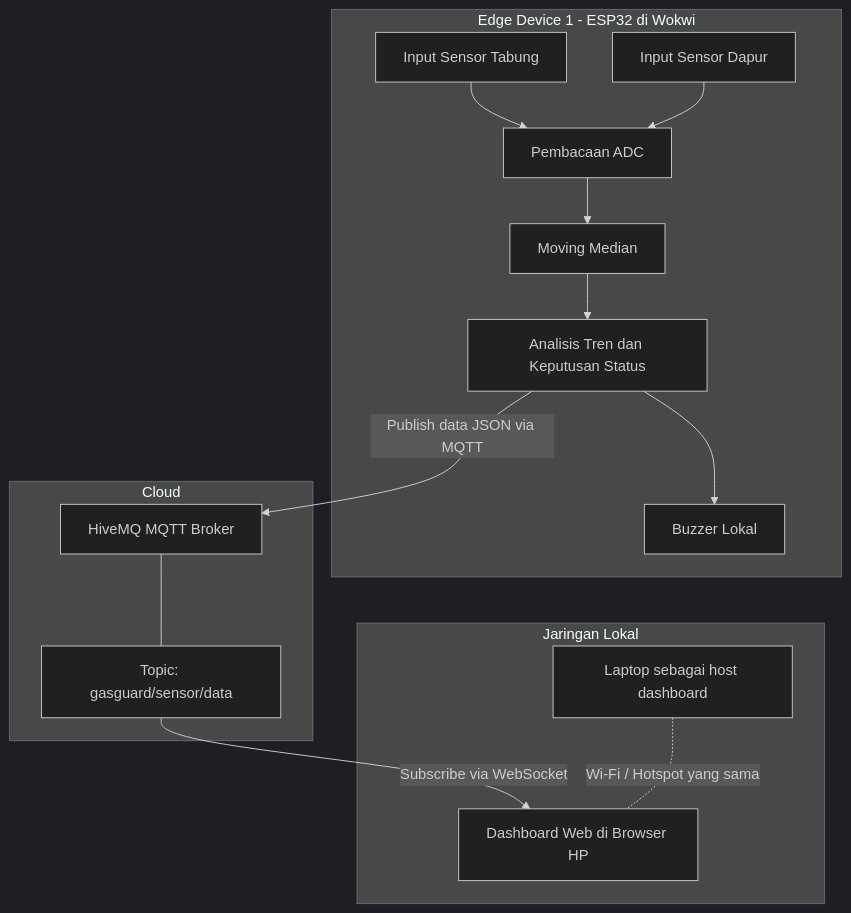
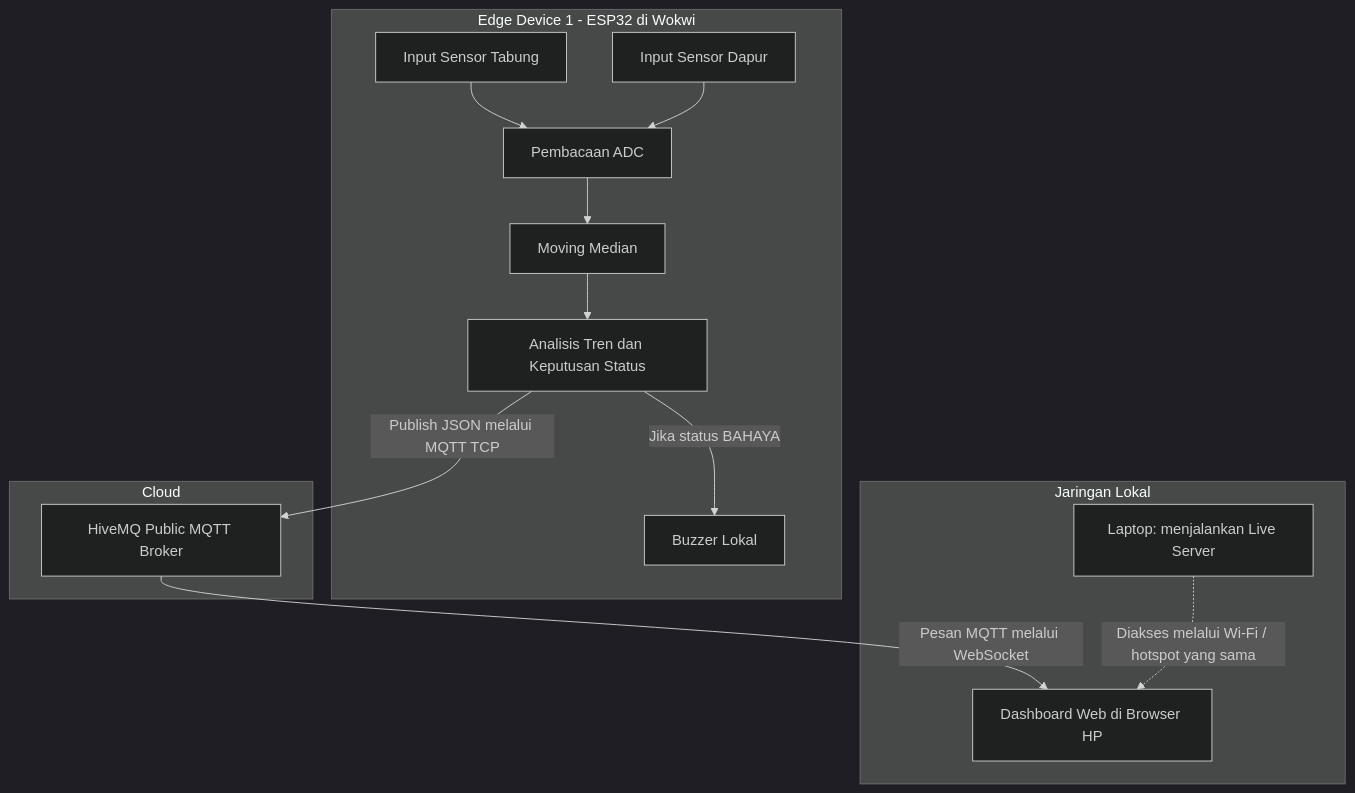
One commit to itsarney/GasGuard-GG--Sistem-Deteksi-Kebocoran-Gas-LPG changed the diagram in docs/ARCHITECTURE.md. Above: the diagram before and after it, drawn with Mermaid (dark theme). The commit also changed other lines of this file, not shown here.

````diff
--- a/docs/ARCHITECTURE.md
+++ b/docs/ARCHITECTURE.md
@@ -11,33 +12,31 @@
 ```mermaid
 flowchart TD
     subgraph W["Edge Device 1 - ESP32 di Wokwi"]
         A["Input Sensor Tabung"]
         B["Input Sensor Dapur"]
         C["Pembacaan ADC"]
         D["Moving Median"]
         E["Analisis Tren dan Keputusan Status"]
         F["Buzzer Lokal"]
 
         A --> C
         B --> C
         C --> D
         D --> E
-        E --> F
+        E -->|"Jika status BAHAYA"| F
     end
 
-    E -->|"Publish data JSON via MQTT"| G
+    E -->|"Publish JSON melalui MQTT TCP"| G
 
     subgraph CLOUD["Cloud"]
-        G["HiveMQ MQTT Broker"]
-        H["Topic: gasguard/sensor/data"]
-        G --- H
+        G["HiveMQ Public MQTT Broker"]
     end
 
-    H -->|"Subscribe via WebSocket"| I
+    G -->|"Pesan MQTT melalui WebSocket"| I
 
     subgraph LOCAL["Jaringan Lokal"]
+        J["Laptop: menjalankan Live Server"]
         I["Dashboard Web di Browser HP"]
-        J["Laptop sebagai host dashboard"]
-        J -. "Wi-Fi / Hotspot yang sama" .- I
+        J -.->|"Diakses melalui Wi-Fi / hotspot yang sama"| I
     end
 ```
````
